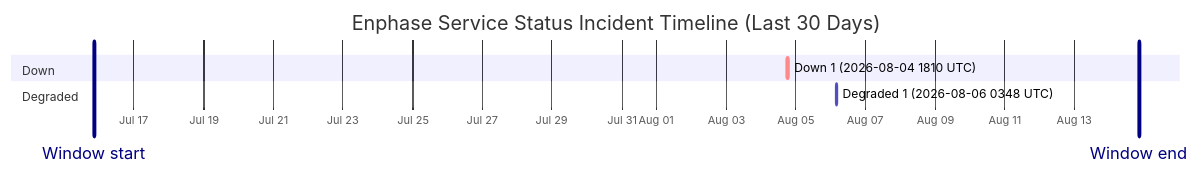
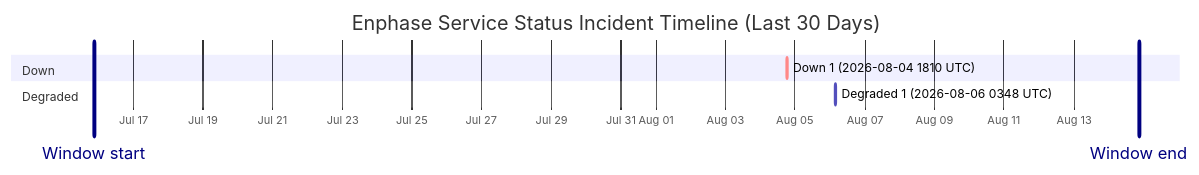
Before and after one commit to barneyonline/ha-enphase-energy: the diagram in wiki/Service-Status-History.md, drawn with Mermaid. The commit also changed other lines of this file and 3 other files, not shown here.

````diff
--- a/wiki/Service-Status-History.md
+++ b/wiki/Service-Status-History.md
@@ -14,12 +14,12 @@
 ```mermaid
 gantt
     title Enphase Service Status Incident Timeline (Last 30 Days)
     dateFormat  YYYY-MM-DDTHH:mm:ss
     axisFormat  %b %d
-    Window start :vert, window-start, 2026-07-15T20:28:38, 0ms
-    Window end :vert, window-end, 2026-08-14T20:28:38, 0ms
+    Window start :vert, window-start, 2026-07-15T20:57:41, 0ms
+    Window end :vert, window-end, 2026-08-14T20:57:41, 0ms
     section Down
     Down 1 (2026-08-04 1810 UTC) :crit, down-1, 2026-08-04T18:10:46, 60m
     section Degraded
     Degraded 1 (2026-08-06 0348 UTC) :active, degraded-1, 2026-08-06T03:48:14, 60m
 ```
````
